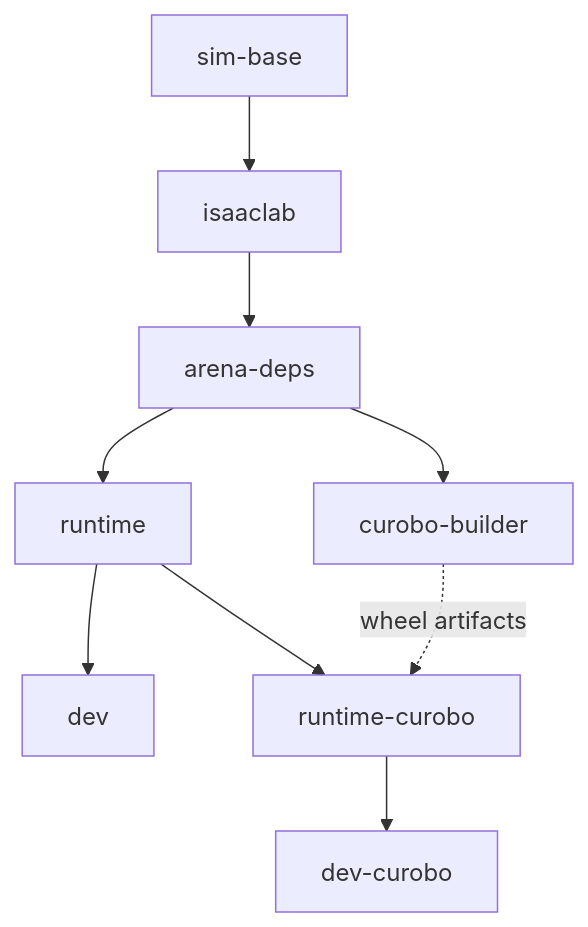
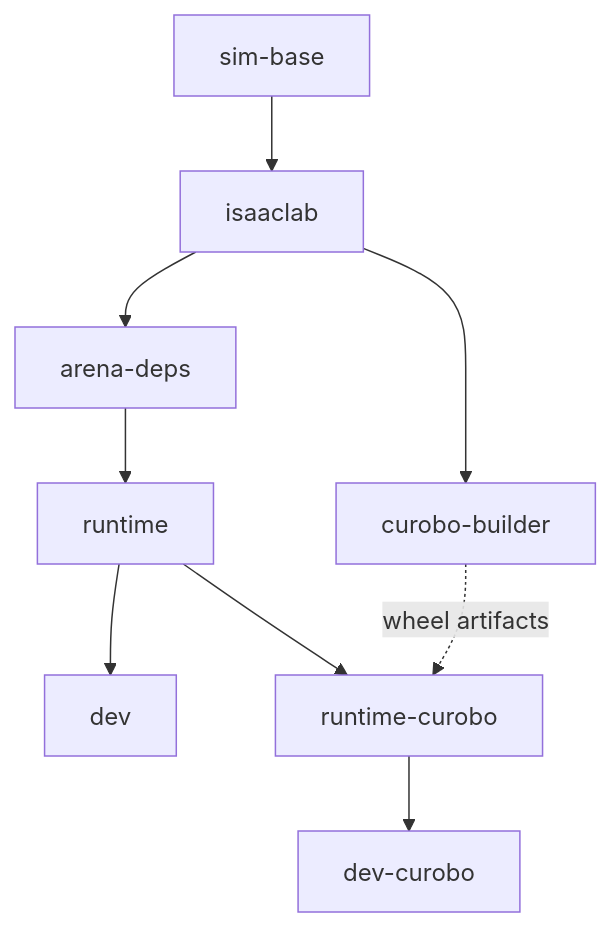
The diagram in DOCKER_BUILD_DESIGN.md (catplotlib/IsaacLab-Arena), drawn with Mermaid before and after one commit. The commit also changed other lines of this file and 4 other files, not shown here.

````diff
--- a/DOCKER_BUILD_DESIGN.md
+++ b/DOCKER_BUILD_DESIGN.md
@@ -14,8 +14,8 @@
 ```mermaid
 flowchart TD
     S[sim-base] --> L[isaaclab] --> A[arena-deps] --> R[runtime]
     R --> D[dev]
     R --> RC[runtime-curobo] --> DC[dev-curobo]
-    A --> B[curobo-builder]
+    L --> B[curobo-builder]
     B -. wheel artifacts .-> RC
 ```
````
